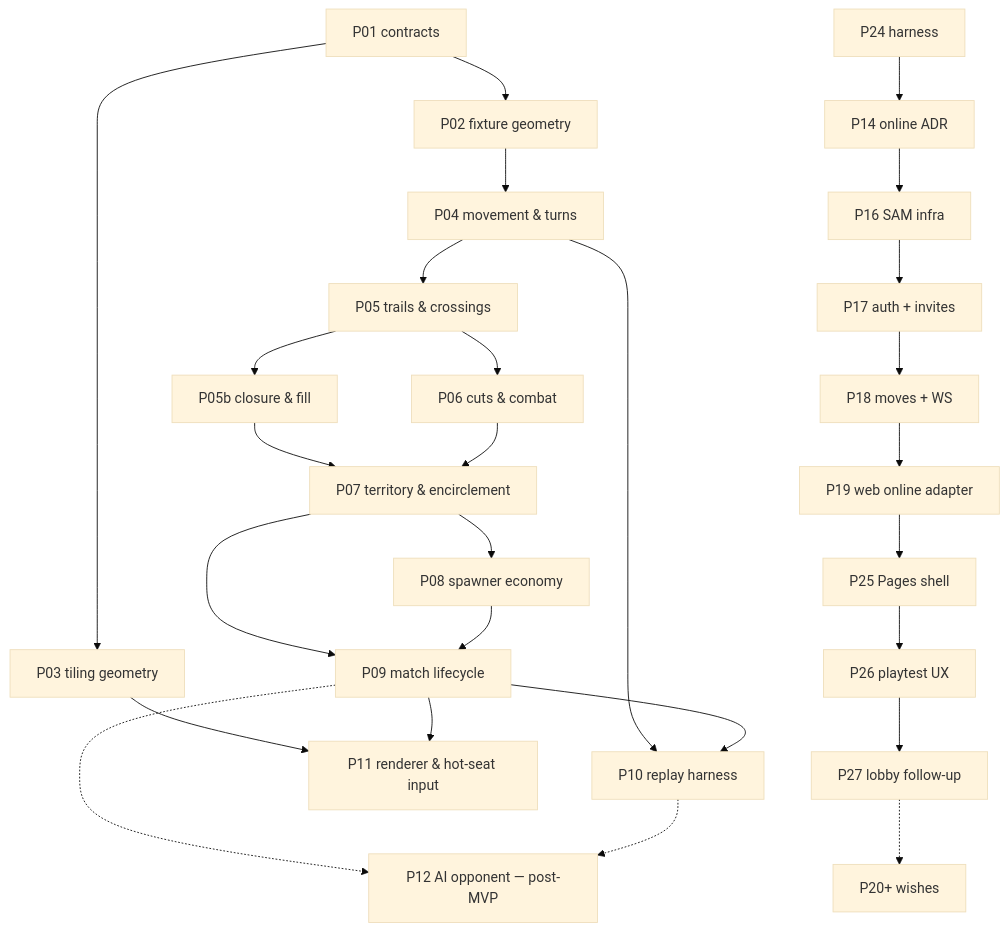
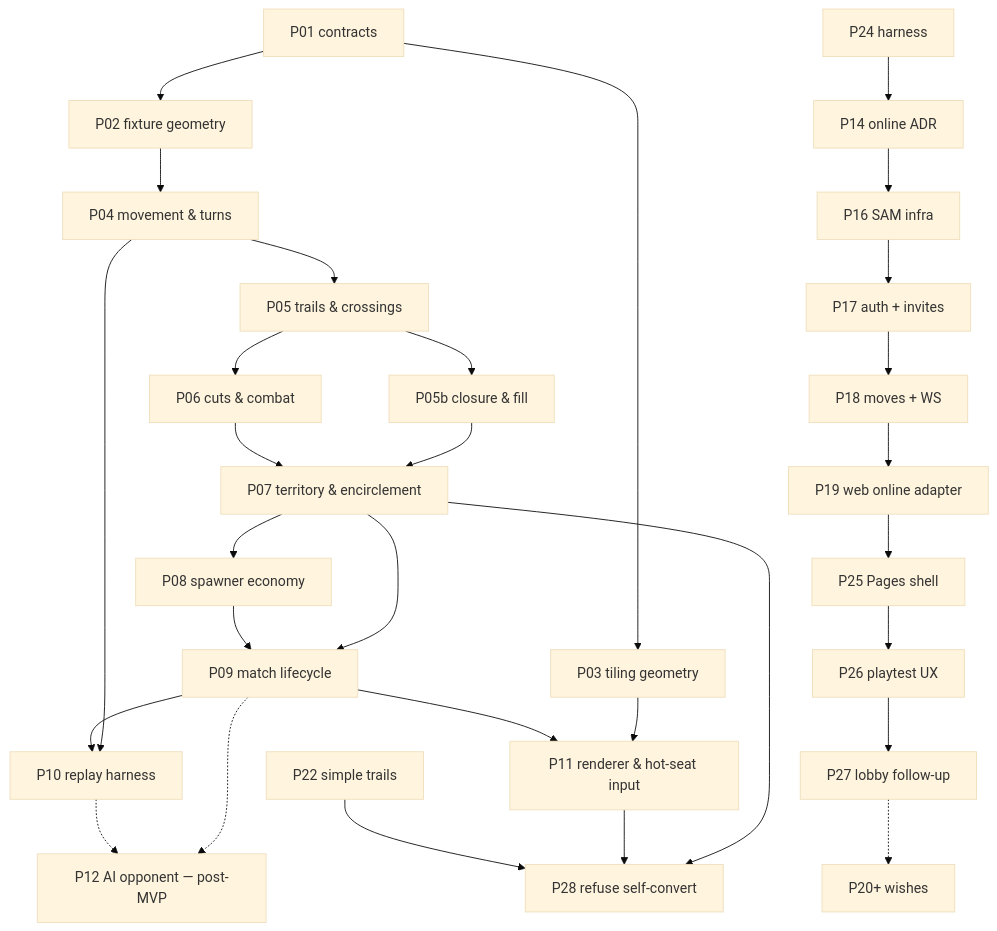
Before and after one commit to hochgi/arrows_conqueror: the diagram in docs/design/02-work-packets.md, drawn with Mermaid (base theme). The commit also changed other lines of this file and 26 other files, not shown here.

First line of the commit message:
feat(rules): refuse self-convert steps onto enemy territory (P28)

````diff
--- a/docs/design/02-work-packets.md
+++ b/docs/design/02-work-packets.md
@@ -63,29 +64,32 @@
 ```mermaid
 flowchart TD
   P01["P01 contracts"] --> P02["P02 fixture geometry"]
   P01 --> P03["P03 tiling geometry"]
   P02 --> P04["P04 movement & turns"]
   P04 --> P05["P05 trails & crossings"]
   P05 --> P05B["P05b closure & fill"]
   P05 --> P06["P06 cuts & combat"]
   P05B --> P07["P07 territory & encirclement"]
   P06 --> P07
   P07 --> P08["P08 spawner economy"]
   P07 --> P09["P09 match lifecycle"]
   P08 --> P09
   P04 --> P10["P10 replay harness"]
   P09 --> P10
   P03 --> P11["P11 renderer & hot-seat input"]
   P09 --> P11
   P09 -.-> P12["P12 AI opponent — post-MVP"]
   P10 -.-> P12
   P24["P24 harness"] --> P14["P14 online ADR"]
   P14 --> P16["P16 SAM infra"]
   P16 --> P17["P17 auth + invites"]
   P17 --> P18["P18 moves + WS"]
   P18 --> P19["P19 web online adapter"]
   P19 --> P25["P25 Pages shell"]
   P25 --> P26["P26 playtest UX"]
   P26 --> P27["P27 lobby follow-up"]
   P27 -.-> P20["P20+ wishes"]
+  P07 --> P28["P28 refuse self-convert"]
+  P11 --> P28
+  P22["P22 simple trails"] --> P28
 ```
````
